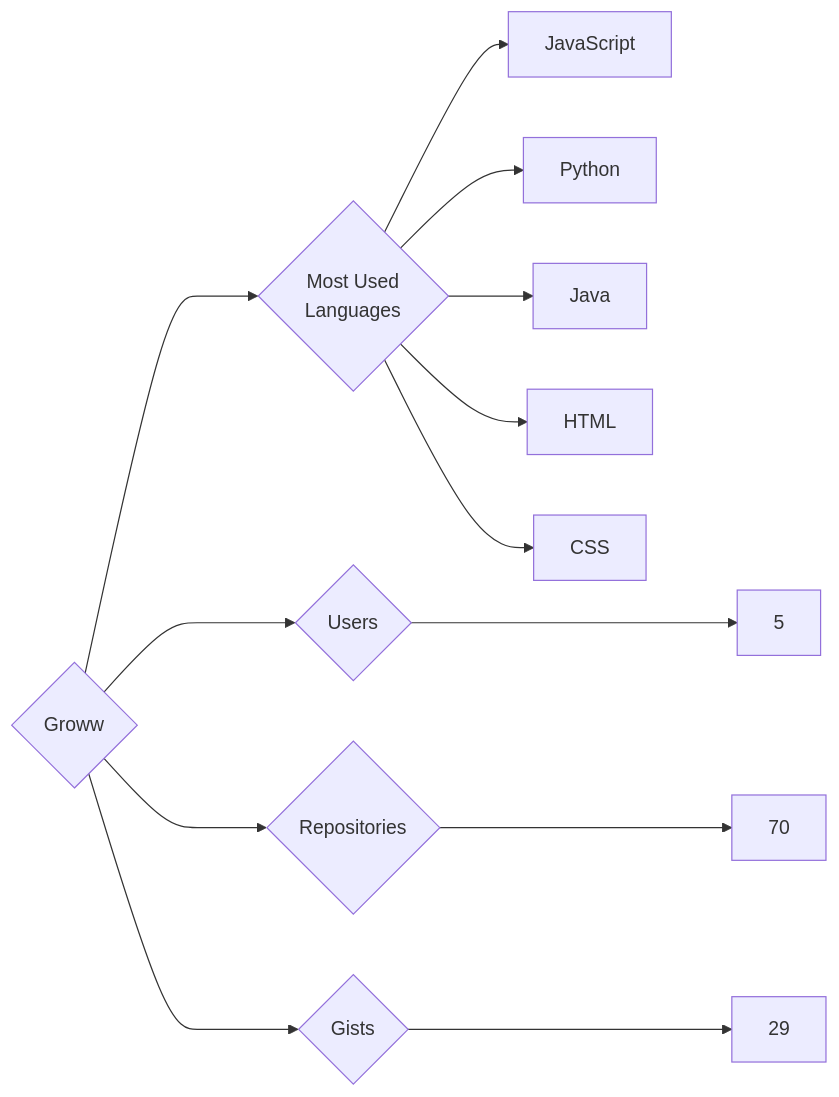
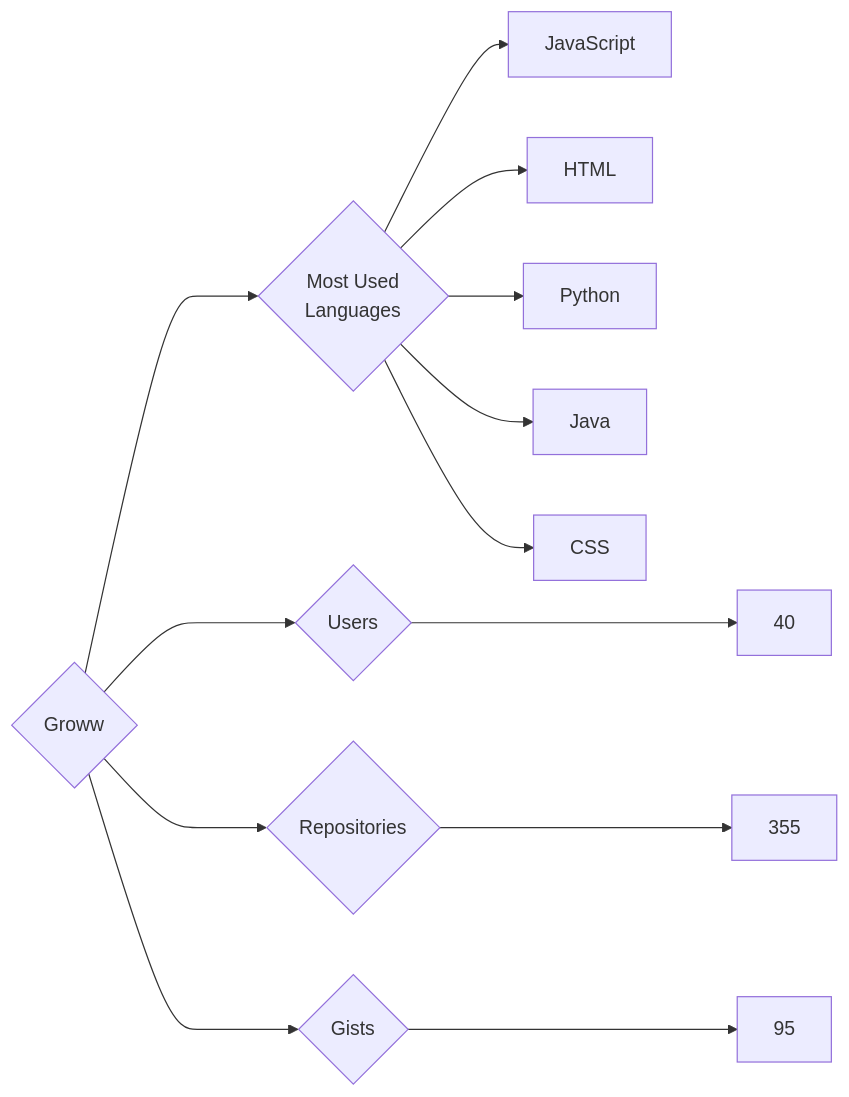
The diagram in targets/Groww/README.md (trickest/insiders), drawn with Mermaid before and after one commit. The commit also changed 823 other files, not shown here.

````diff
--- a/targets/Groww/README.md
+++ b/targets/Groww/README.md
@@ -3,13 +3,13 @@
 ```mermaid
 graph LR
 COMPANY_NAME{Groww}
-COMPANY_NAME ---> U{Users} ---> UN[5]
-COMPANY_NAME ---> R{Repositories} ---> RN[70]
-COMPANY_NAME ---> G{Gists} ---> GN[29]
+COMPANY_NAME ---> U{Users} ---> UN[40]
+COMPANY_NAME ---> R{Repositories} ---> RN[355]
+COMPANY_NAME ---> G{Gists} ---> GN[95]
 COMPANY_NAME ---> ML{Most Used<br>Languages}
 ML --> JavaScript[JavaScript]
+ML --> HTML[HTML]
 ML --> Python[Python]
 ML --> Java[Java]
-ML --> HTML[HTML]
 ML --> CSS[CSS]
 ```
````
